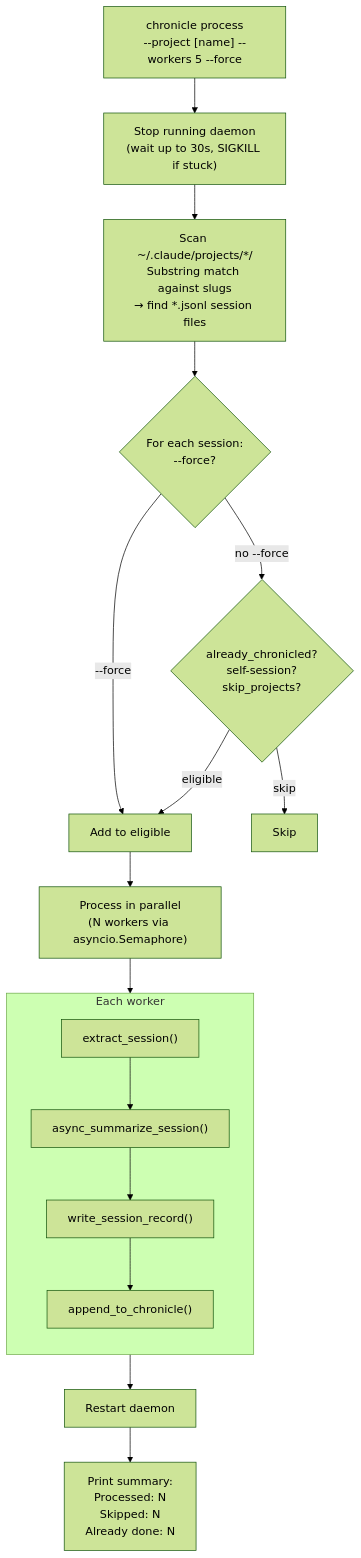
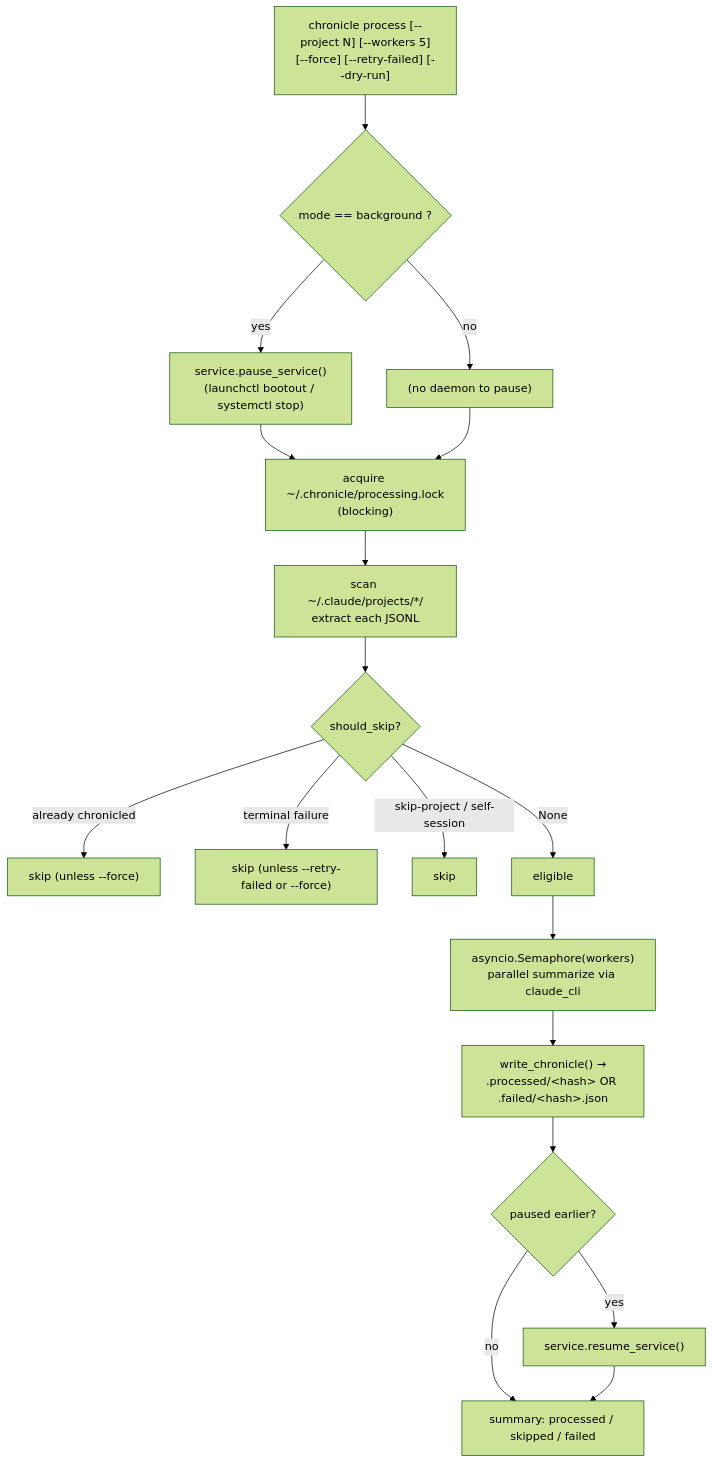
Before and after one commit to ehzawad/claudetalktoclaude: diagram 11 of 16 in README.md, drawn with Mermaid (forest theme). The commit also changed other lines of this file and 14 other files, not shown here.

First line of the commit message:
v0.7.0 cleanup: fix runtime NameErrors, zombie reaping, mode-aware UX

````diff
--- a/README.md
+++ b/README.md
@@ -431,27 +436,22 @@
 ```mermaid
 flowchart TB
-    CMD["chronicle process<br/>--project [name] --workers 5 --force"]
-
-    CMD --> STOP["Stop running daemon<br/>(wait up to 30s, SIGKILL if stuck)"]
-    STOP --> SCAN["Scan ~/.claude/projects/*/<br/>Substring match against slugs<br/>→ find *.jsonl session files"]
-    SCAN --> FILTER{"For each session:<br/>--force?"}
-    FILTER -->|"--force"| ELIGIBLE["Add to eligible"]
-    FILTER -->|"no --force"| CHECK{"already_chronicled?<br/>self-session?<br/>skip_projects?"}
-    CHECK -->|skip| SKIP["Skip"]
-    CHECK -->|eligible| ELIGIBLE
-
-    ELIGIBLE --> PARALLEL["Process in parallel<br/>(N workers via asyncio.Semaphore)"]
-
-    subgraph worker["Each worker"]
-        direction TB
-        WE["extract_session()"]
-        WS["async_summarize_session()"]
-        WW["write_session_record()"]
-        WC["append_to_chronicle()"]
-        WE --> WS --> WW --> WC
-    end
-
-    PARALLEL --> worker
-    worker --> RESTART["Restart daemon"]
-    RESTART --> SUMMARY["Print summary:<br/>Processed: N<br/>Skipped: N<br/>Already done: N"]
+    CMD["chronicle process [--project N] [--workers 5]<br/>[--force] [--retry-failed] [--dry-run]"]
+    CMD --> MODE{"mode == background ?"}
+    MODE -- yes --> PAUSE["service.pause_service()<br/>(launchctl bootout / systemctl stop)"]
+    MODE -- no --> SKIPPAUSE["(no daemon to pause)"]
+    PAUSE --> LOCK
+    SKIPPAUSE --> LOCK
+    LOCK["acquire ~/.chronicle/processing.lock<br/>(blocking)"]
+    LOCK --> SCAN["scan ~/.claude/projects/*/<br/>extract each JSONL"]
+    SCAN --> FILTER{"should_skip?"}
+    FILTER -- "already chronicled" --> SKIPSUCC["skip (unless --force)"]
+    FILTER -- "terminal failure" --> SKIPFAIL["skip (unless --retry-failed or --force)"]
+    FILTER -- "skip-project / self-session" --> SKIPOTH["skip"]
+    FILTER -- "None" --> ELIGIBLE["eligible"]
+    ELIGIBLE --> PARALLEL["asyncio.Semaphore(workers)<br/>parallel summarize via claude_cli"]
+    PARALLEL --> WRITE["write_chronicle() →<br/>.processed/&lt;hash&gt; OR .failed/&lt;hash&gt;.json"]
+    WRITE --> RESUME{"paused earlier?"}
+    RESUME -- yes --> RESUMESVC["service.resume_service()"]
+    RESUME -- no --> DONE["summary: processed / skipped / failed"]
+    RESUMESVC --> DONE
 ```
````
